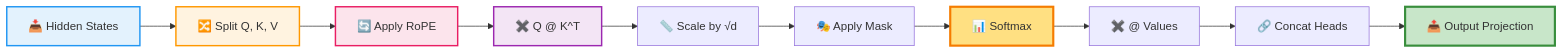
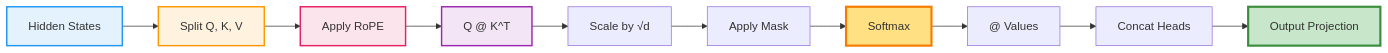
Before and after one commit to Pizzaman213/Ava_AI: the fourth of 23 diagrams in code/docs/FLOWCHARTS_VISUAL.md, drawn with Mermaid. The commit also changed other lines of this file and 215 other files, not shown here.

````diff
--- a/code/docs/FLOWCHARTS_VISUAL.md
+++ b/code/docs/FLOWCHARTS_VISUAL.md
@@ -113,19 +113,19 @@
 ```mermaid
 graph LR
-    A[📥 Hidden States] --> B[🔀 Split Q, K, V]
-    B --> C[🔄 Apply RoPE]
-    C --> D[✖️ Q @ K^T]
-    D --> E[📏 Scale by √d]
-    E --> F[🎭 Apply Mask]
-    F --> G[📊 Softmax]
-    G --> H[✖️ @ Values]
-    H --> I[🔗 Concat Heads]
-    I --> J[📤 Output Projection]
+    A[ Hidden States] --> B[ Split Q, K, V]
+    B --> C[ Apply RoPE]
+    C --> D[ Q @ K^T]
+    D --> E[ Scale by √d]
+    E --> F[ Apply Mask]
+    F --> G[ Softmax]
+    G --> H[ @ Values]
+    H --> I[ Concat Heads]
+    I --> J[ Output Projection]
 
     style A fill:#E3F2FD,stroke:#2196F3,stroke-width:2px
     style B fill:#FFF3E0,stroke:#FF9800,stroke-width:2px
     style C fill:#FCE4EC,stroke:#E91E63,stroke-width:2px
     style D fill:#F3E5F5,stroke:#9C27B0,stroke-width:2px
     style G fill:#FFE082,stroke:#F57C00,stroke-width:3px
     style J fill:#C8E6C9,stroke:#388E3C,stroke-width:3px
 ```
````
